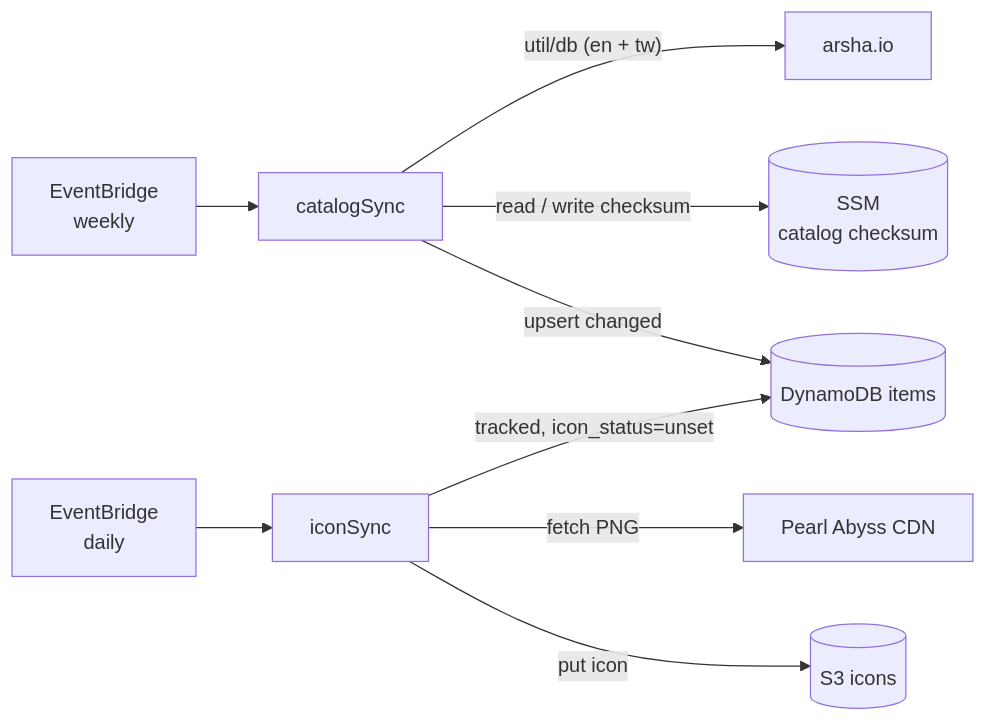
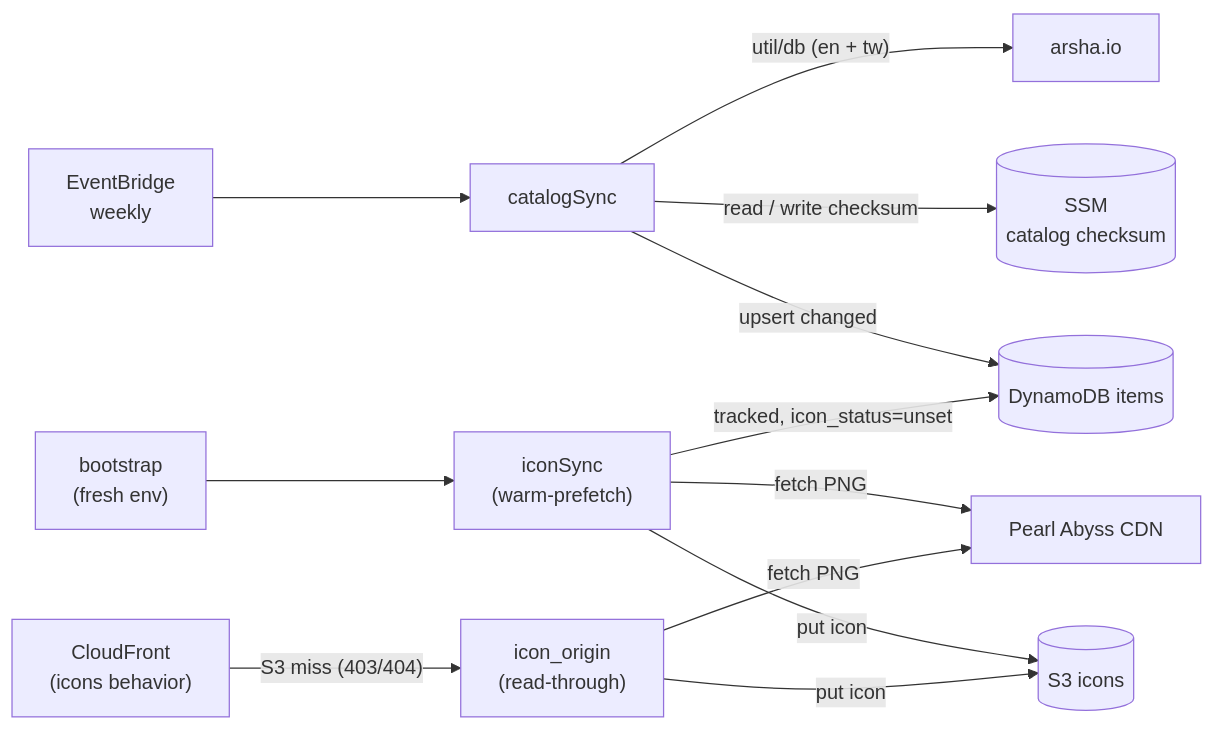
Before and after one commit to RyanYCT/bdo-market-insights: the third of 4 diagrams in docs/architecture.md, drawn with Mermaid. The commit also changed other lines of this file and 14 other files, not shown here.

First line of the commit message:
feat(icons): read-through icon delivery via CloudFront origin failover (#107)

````diff
--- a/docs/architecture.md
+++ b/docs/architecture.md
@@ -104,13 +106,17 @@
 ```mermaid
 flowchart LR
     ebw["EventBridge<br/>weekly"] --> catalogsync["catalogSync"]
-    ebd["EventBridge<br/>daily"] --> iconsync["iconSync"]
+    boot["bootstrap<br/>(fresh env)"] --> iconsync["iconSync<br/>(warm-prefetch)"]
 
     catalogsync -->|"util/db (en + tw)"| arsha["arsha.io"]
     catalogsync -->|"read / write checksum"| ssm[("SSM<br/>catalog checksum")]
     catalogsync -->|"upsert changed"| ddb[("DynamoDB items")]
 
     iconsync -->|"tracked, icon_status=unset"| ddb
     iconsync -->|"fetch PNG"| pearl["Pearl Abyss CDN"]
     iconsync -->|"put icon"| s3[("S3 icons")]
+
+    cf["CloudFront<br/>(icons behavior)"] -->|"S3 miss (403/404)"| iconorigin["icon_origin<br/>(read-through)"]
+    iconorigin -->|"fetch PNG"| pearl
+    iconorigin -->|"put icon"| s3
 ```
````
